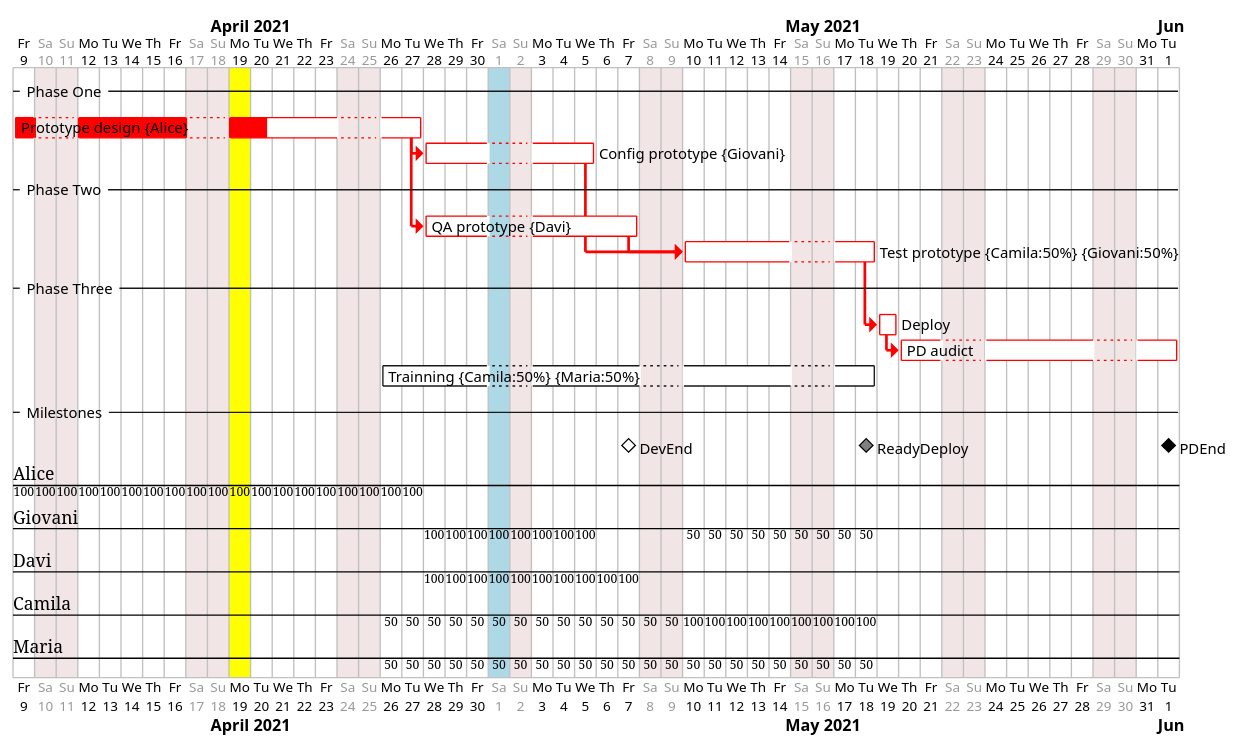
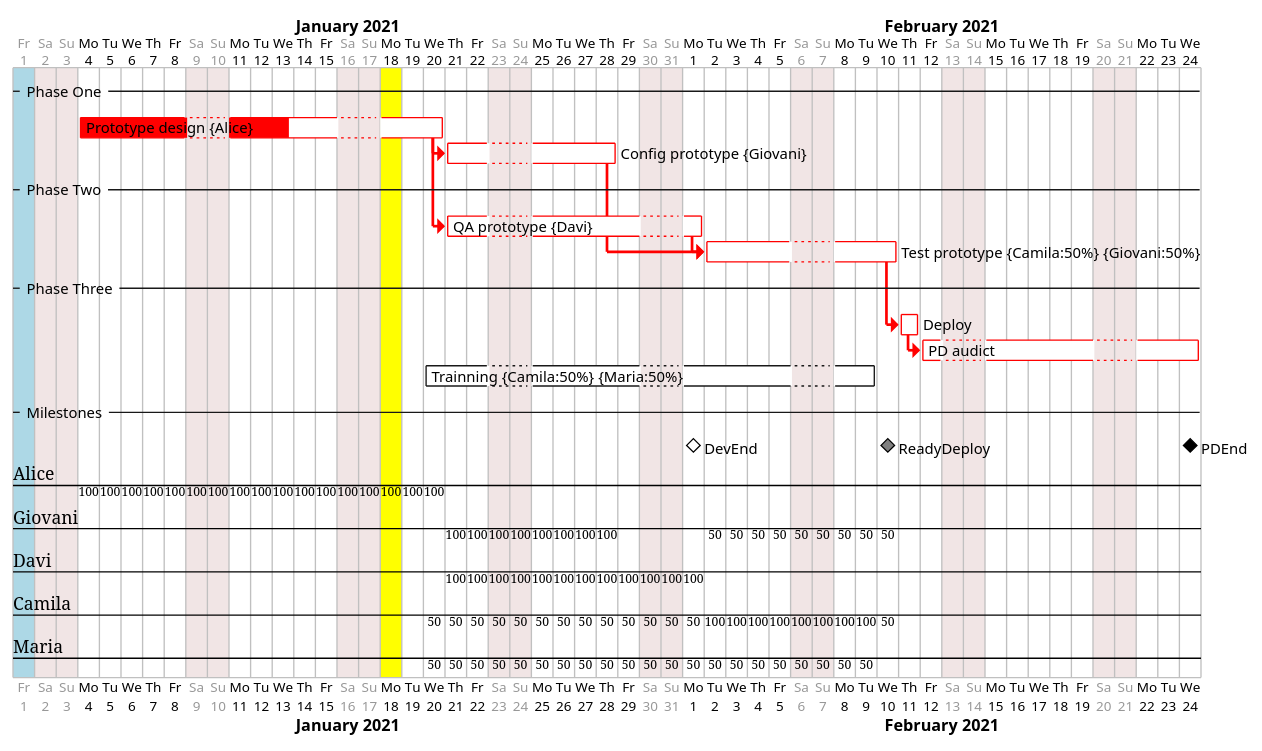
One commit to GiovaniPM/DMNTests changed the diagram in PlantUML/teste25.pu. Above: the diagram before and after it, drawn with PlantUML. The commit also changed 1 other file, not shown here.

```diff
--- a/PlantUML/teste25.pu
+++ b/PlantUML/teste25.pu
@@ -1,62 +1,63 @@
 @startgantt
-project starts the 2021/04/09
+project starts the 2021/01/01
+
+' Day watching
+2021/01/18 is colored in Yellow
 
 ' Close Days
 saturday are closed
 sunday are closed
-2021/05/01 is closed
-2021/05/01 is colored in lightblue
+2021/01/01 is closed
+2021/01/01 is colored in lightblue
 
 ' Tasks and there layers
 -- Phase One --
 [Prototype design] on {Alice} lasts 13 days
 [Prototype design] links to [[http://plantuml.com]]
 [Config prototype] on {Giovani} lasts 6 days
 -- Phase Two --
 [QA prototype] on {Davi} lasts 8 days
 [Test prototype] on {Camila:50}{Giovani:50} lasts 7 days
 -- Phase Three --
 [Deploy] lasts 1 day
 [PD audict] lasts 9 days
-[Trainning] on {Camila:50}{Maria:50} starts 2021/04/26
-[Trainning] ends 2021/05/18
+[Trainning] on {Camila:50}{Maria:50} starts 2021/01/20
+[Trainning] ends 2021/02/09
 -- Milestones --
 
 ' Tasks flow
 [Config prototype] starts at [Prototype design]'s end with red bold link
 [QA prototype] starts at [Prototype design]'s end with red bold link
 [Test prototype] starts at [Config prototype]'s end with red bold link
 [Test prototype] starts at [QA prototype]'s end with red bold link
 [Deploy] starts at [Test prototype]'s end with red bold link
 [PD audict] starts at [Deploy]'s end with red bold link
 
 ' Tasks progress
 [Prototype design] is 60% completed
 [Config prototype] is 0% completed
 [QA prototype] is 0% completed
 [Test prototype] is 0% completed
 [Deploy] is 0% completed
 [PD audict] is 0% completed
 [Trainning] is 0% completed
 
 ' Milestones
 [DevEnd] happens at [Prototype design]'s end
 [DevEnd] happens at [QA prototype]'s end
 [ReadyDeploy] happens at [Test prototype]'s end
 [ReadyDeploy] displays on same row as [DevEnd]
 [PDEnd] happens at [PD audict]'s end
 [PDEnd] displays on same row as [ReadyDeploy]
 
 ' Colors
 [Prototype design] is colored in Red/Red
 [Config prototype] is colored in Red/Red
 [QA prototype] is colored in Red/Red
 [Test prototype] is colored in Red/Red
 [Deploy] is colored in Red/Red
 [PD audict] is colored in Red/Red
 [DevEnd] is colored in White/Black
 [ReadyDeploy] is colored in Gray/Black
 
-' Day watching
-2021/04/19 is colored in Yellow
 @endgantt
```
